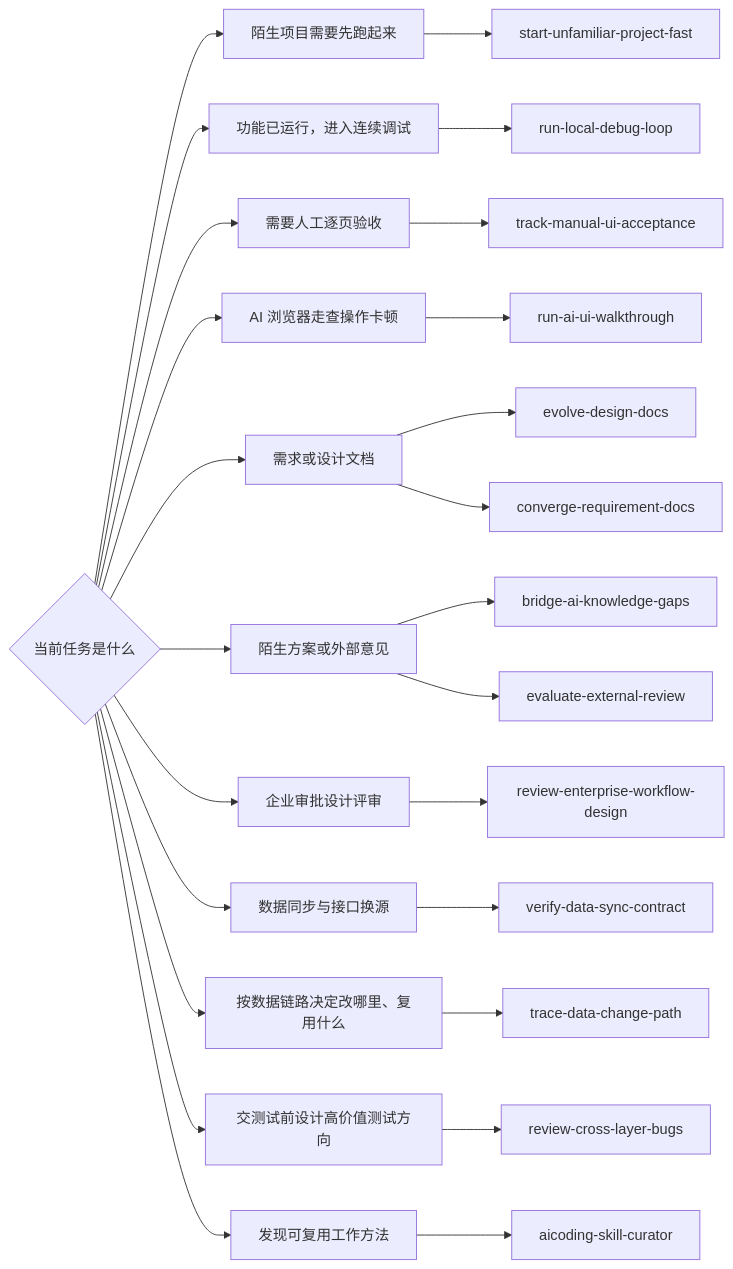
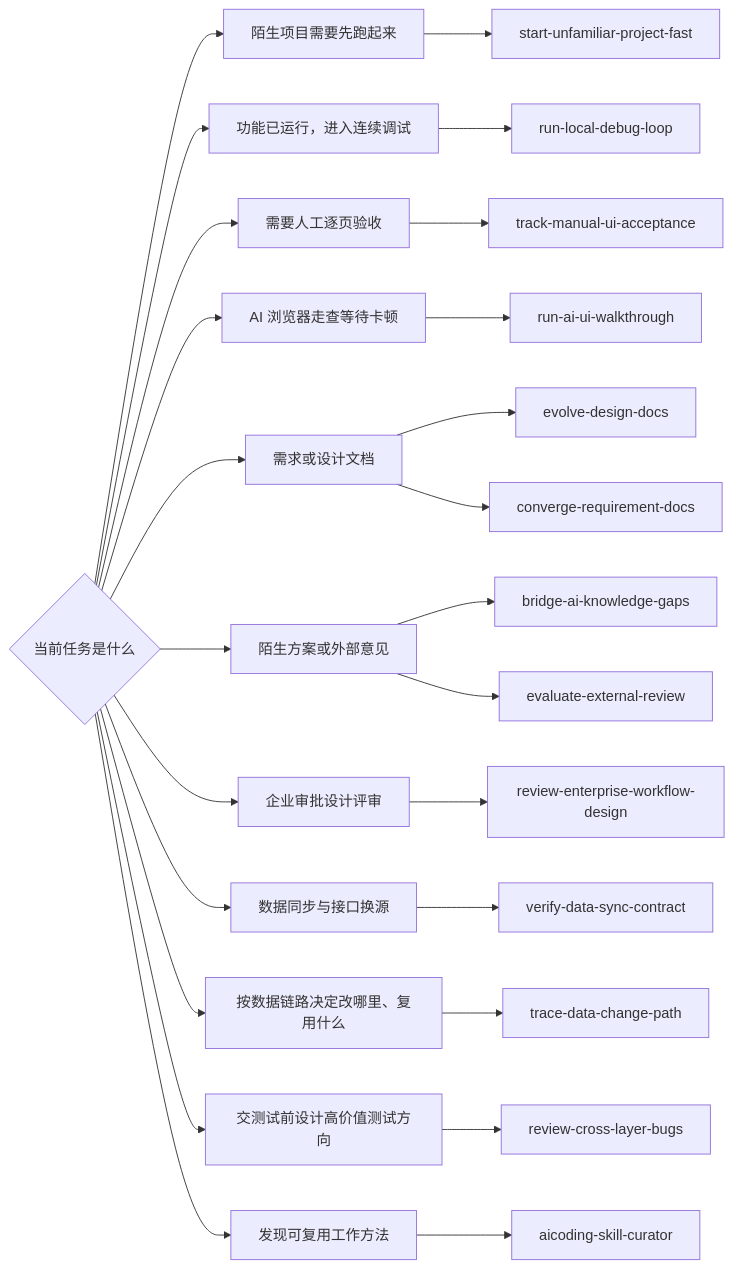
One commit to KelvinFanXian/aicoding changed the diagram in README.md. Above: the diagram before and after it, drawn with Mermaid. The commit also changed other lines of this file and 3 other files, not shown here.

````diff
--- a/README.md
+++ b/README.md
@@ -48,28 +48,28 @@
 ```mermaid
 flowchart LR
     Q{当前任务是什么}
     Q --> A[陌生项目需要先跑起来]
     A --> A1[start-unfamiliar-project-fast]
     Q --> B[功能已运行，进入连续调试]
     B --> B1[run-local-debug-loop]
     Q --> C[需要人工逐页验收]
     C --> C1[track-manual-ui-acceptance]
-    Q --> C2[AI 浏览器走查操作卡顿]
+    Q --> C2[AI 浏览器走查等待卡顿]
     C2 --> C3[run-ai-ui-walkthrough]
     Q --> D[需求或设计文档]
     D --> D1[evolve-design-docs]
     D --> D2[converge-requirement-docs]
     Q --> E[陌生方案或外部意见]
     E --> E1[bridge-ai-knowledge-gaps]
     E --> E2[evaluate-external-review]
     Q --> F[企业审批设计评审]
     F --> F1[review-enterprise-workflow-design]
     Q --> H[数据同步与接口换源]
     H --> H1[verify-data-sync-contract]
     Q --> I[按数据链路决定改哪里、复用什么]
     I --> I1[trace-data-change-path]
     Q --> J[交测试前设计高价值测试方向]
     J --> J1[review-cross-layer-bugs]
     Q --> G[发现可复用工作方法]
     G --> G1[aicoding-skill-curator]
 ```
````
